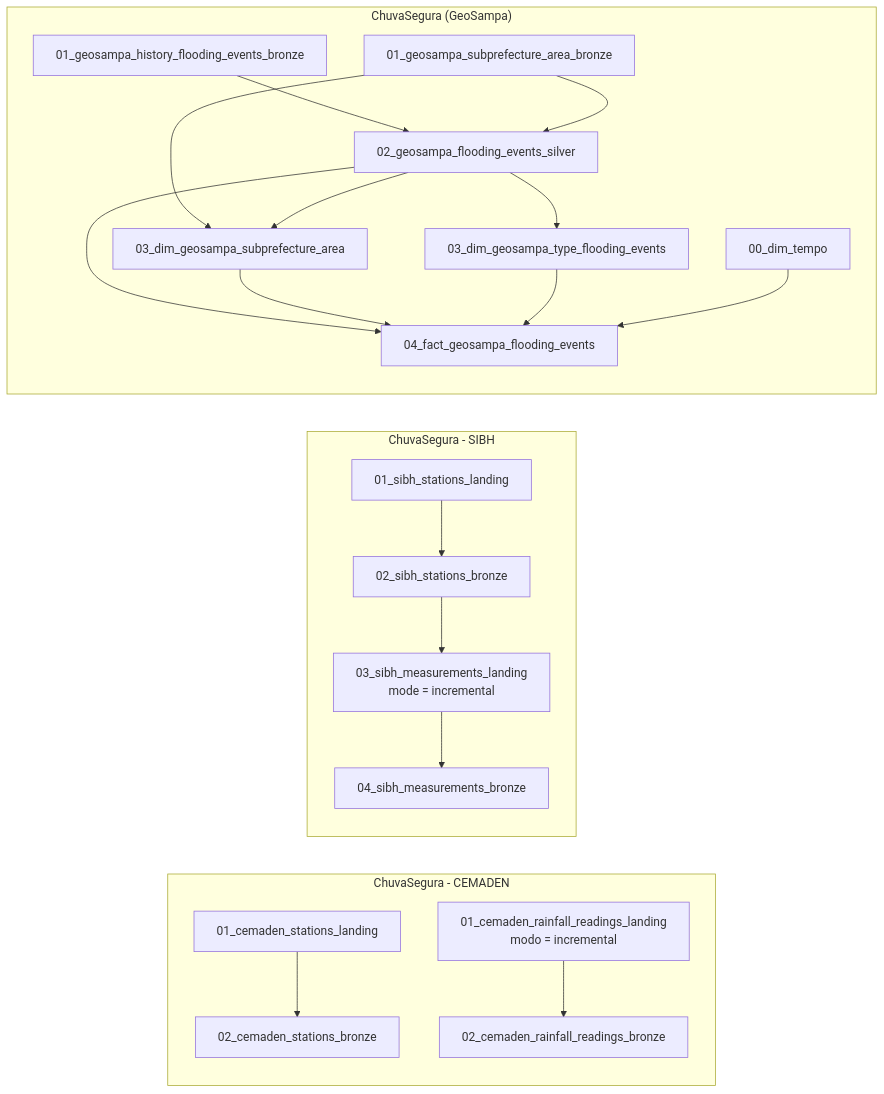
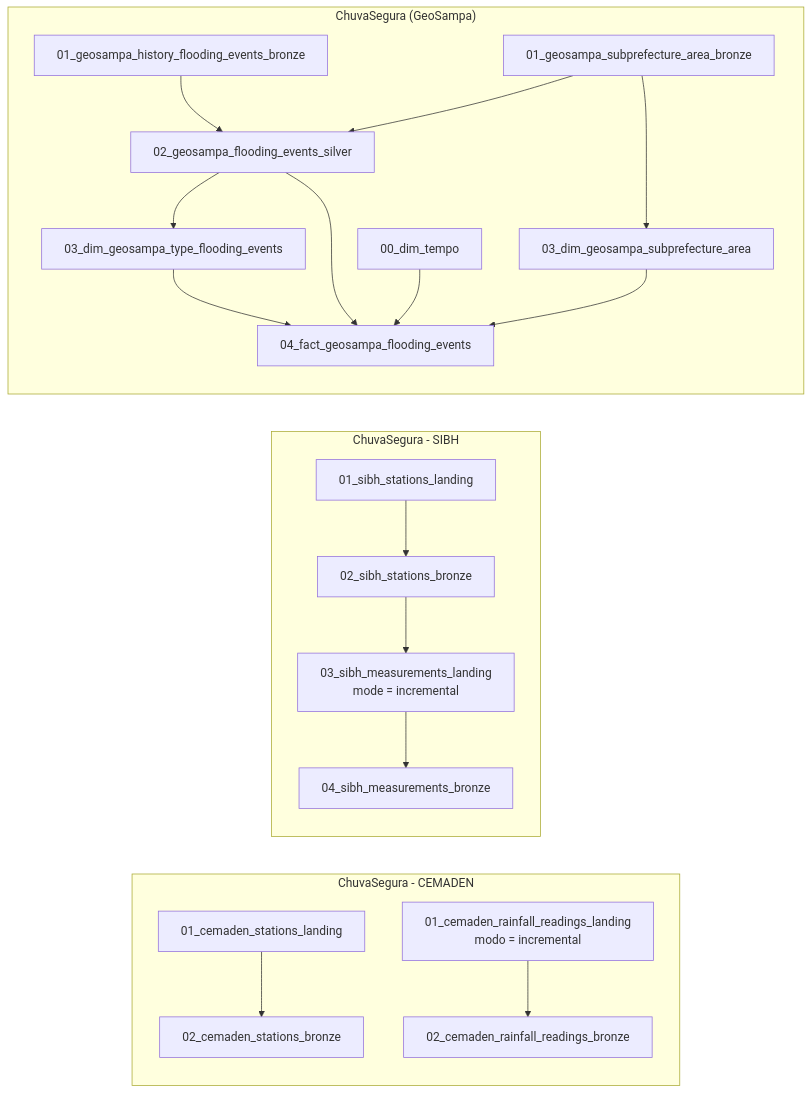
The second of 2 diagrams in README.md (juniorOnData/FIAP-GS2-2TSCPV-2026), drawn with Mermaid before and after one commit. The commit also changed other lines of this file and 5 other files, not shown here.

````diff
--- a/README.md
+++ b/README.md
@@ -193,21 +194,20 @@
 ```mermaid
 flowchart LR
   subgraph cemaden["ChuvaSegura - CEMADEN"]
     C1[01_cemaden_stations_landing] --> C2[02_cemaden_stations_bronze]
     C3[01_cemaden_rainfall_readings_landing<br/>modo = incremental] --> C4[02_cemaden_rainfall_readings_bronze]
   end
   subgraph sibh["ChuvaSegura - SIBH"]
     S1[01_sibh_stations_landing] --> S2[02_sibh_stations_bronze] --> S3[03_sibh_measurements_landing<br/>mode = incremental] --> S4[04_sibh_measurements_bronze]
   end
   subgraph geosampa["ChuvaSegura (GeoSampa)"]
     G1[01_geosampa_history_flooding_events_bronze] --> G3[02_geosampa_flooding_events_silver]
     G2[01_geosampa_subprefecture_area_bronze] --> G3
     G2 --> G4[03_dim_geosampa_subprefecture_area]
-    G3 --> G4
     G3 --> G5[03_dim_geosampa_type_flooding_events]
     G3 --> G6[04_fact_geosampa_flooding_events]
     G4 --> G6
     G5 --> G6
     T0[00_dim_tempo] --> G6
   end
 ```
````
